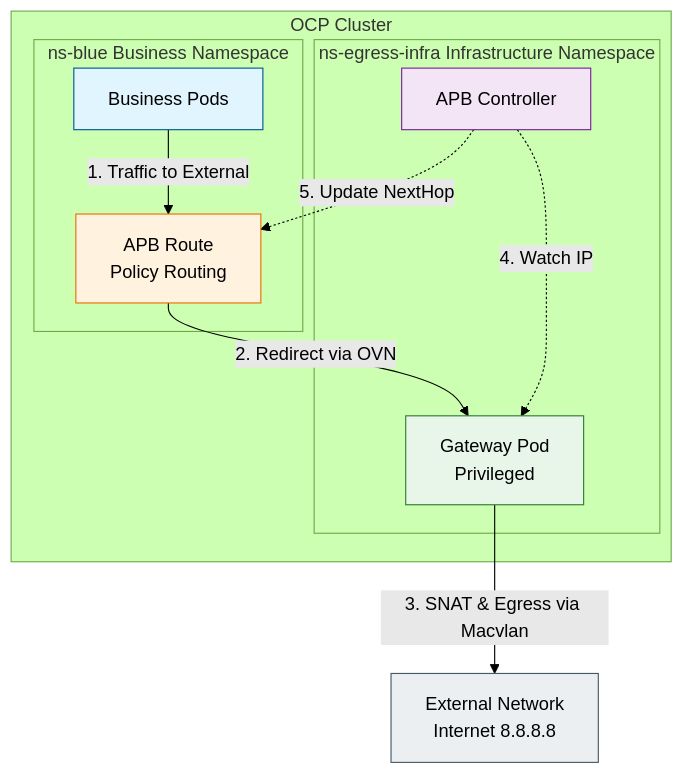
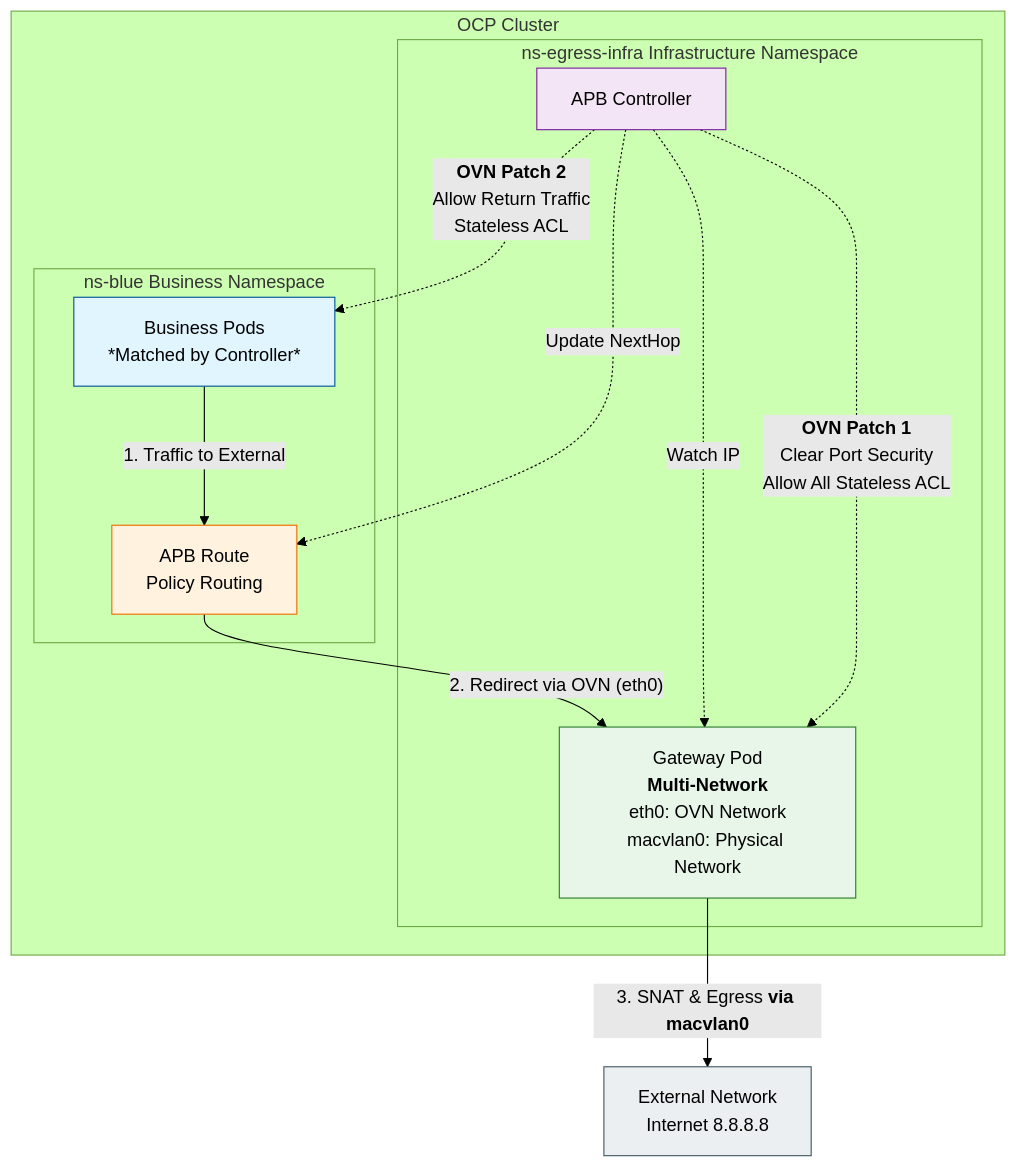
Before and after one commit to wangzheng422/docker_env: the diagram in redhat/ocp4/4.18/2026.01.ovn.egressip.md, drawn with Mermaid (forest theme).

Commit message:
docs: 增强 OVN EgressIP 图，增加多网络细节和 OVN 补丁步骤。

````diff
--- a/redhat/ocp4/4.18/2026.01.ovn.egressip.md
+++ b/redhat/ocp4/4.18/2026.01.ovn.egressip.md
@@ -27,32 +27,34 @@
 ```mermaid
 graph TD
     subgraph OCP Cluster
         subgraph ns-blue Business Namespace
-            BP[Business Pods]
+            BP[Business Pods<br/>*Matched by Controller*]
             APB[APB Route<br/>Policy Routing]
         end
         
         subgraph ns-egress-infra Infrastructure Namespace
-            GP[Gateway Pod<br/>Privileged]
+            GP[Gateway Pod<br/><b>Multi-Network</b><br/>eth0: OVN Network<br/>macvlan0: Physical Network]
             CTRL[APB Controller]
         end
     end
     
     EXT[External Network<br/>Internet 8.8.8.8]
     
     %% Traffic Flow
     BP -- "1. Traffic to External" --> APB
-    APB -- "2. Redirect via OVN" --> GP
-    GP -- "3. SNAT & Egress via Macvlan" --> EXT
+    APB -- "2. Redirect via OVN (eth0)" --> GP
+    GP -- "3. SNAT & Egress <b>via macvlan0</b>" --> EXT
     
-    %% Control Plane
-    CTRL -. "4. Watch IP" .-> GP
-    CTRL -. "5. Update NextHop" .-> APB
+    %% Control Plane & OVN Patches
+    CTRL -. "Watch IP" .-> GP
+    CTRL -. "Update NextHop" .-> APB
+    CTRL -. "<b>OVN Patch 1</b><br/>Clear Port Security<br/>Allow All Stateless ACL" .-> GP
+    CTRL -. "<b>OVN Patch 2</b><br/>Allow Return Traffic<br/>Stateless ACL" .-> BP
     
     %% Styling
     style BP fill:#e1f5fe,stroke:#01579b
     style GP fill:#e8f5e9,stroke:#2e7d32
     style APB fill:#fff3e0,stroke:#ef6c00
     style CTRL fill:#f3e5f5,stroke:#7b1fa2
     style EXT fill:#eceff1,stroke:#455a64
 ```
````
